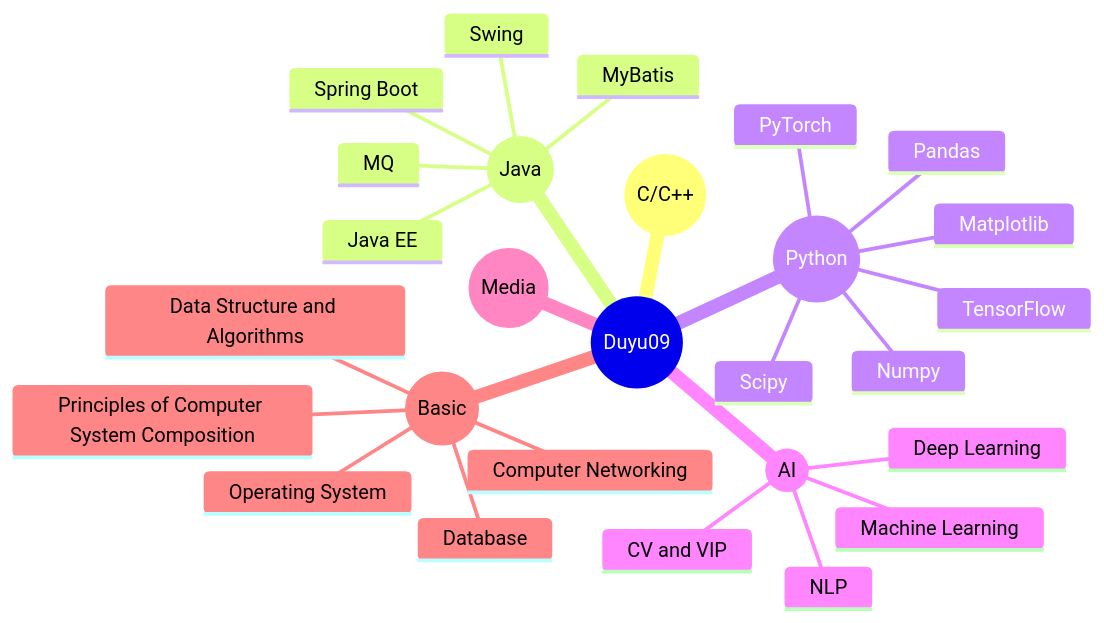
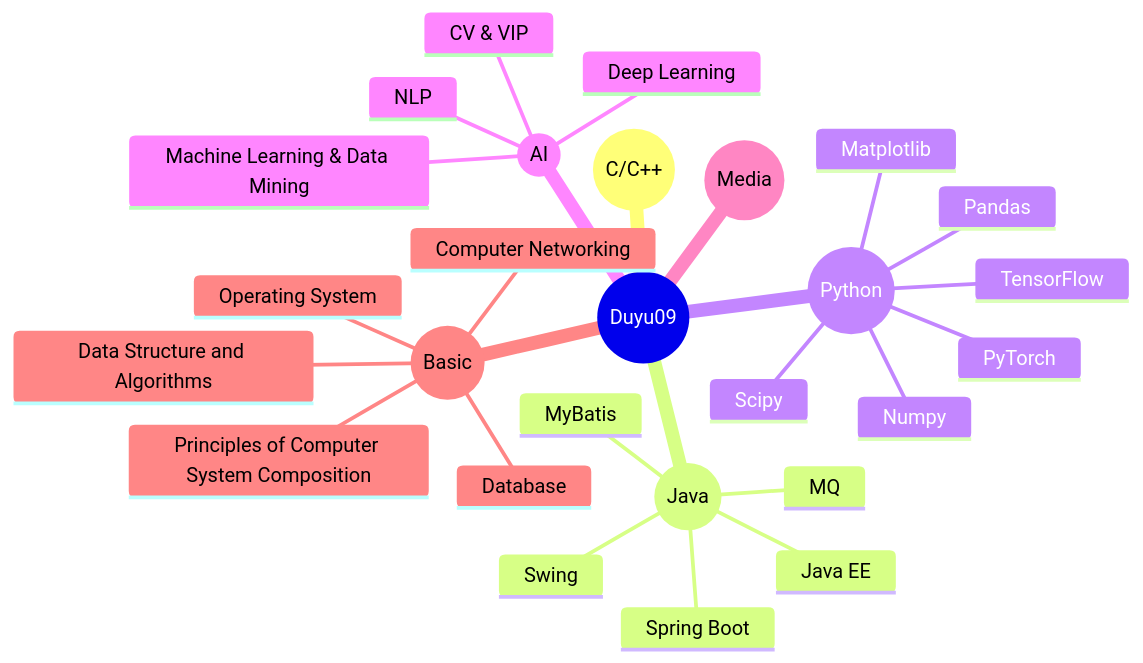
Before and after one commit to duyu09/Duyu09: the diagram in README.md, drawn with Mermaid. The commit also changed other lines of this file, not shown here.

````diff
--- a/README.md
+++ b/README.md
@@ -405,32 +383,32 @@
 ```mermaid
 mindmap
   root((Duyu09))
       root((C/C++))
         
       root((Java))
         Java EE
         Swing
         Spring Boot
         MyBatis
         MQ
       root((Python))
         Numpy
         Scipy
         Pandas
         Matplotlib
         TensorFlow
         PyTorch
       root((AI))
-        Machine Learning
+        Machine Learning & Data Mining
         Deep Learning
         NLP
-        CV and VIP
+        CV & VIP
       root((Media))
         
       root((Basic))
         Computer Networking
         Operating System
         Data Structure and Algorithms
         Principles of Computer System Composition
         Database
 ```
````
